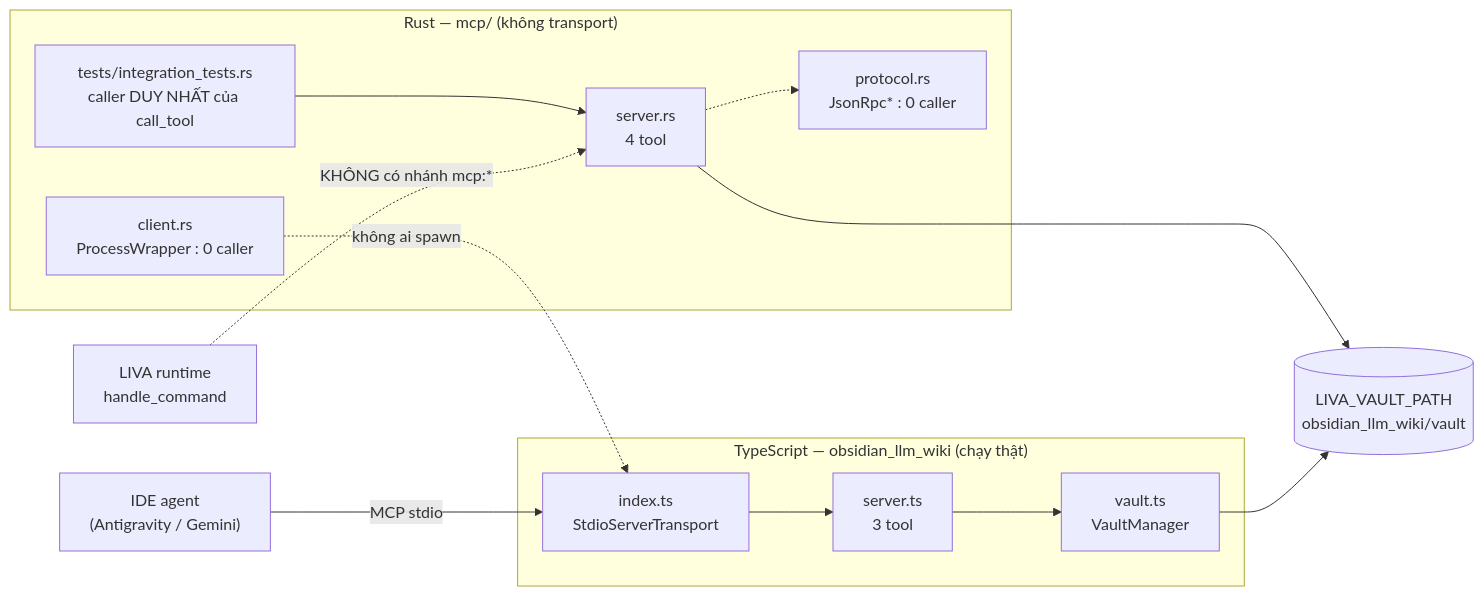
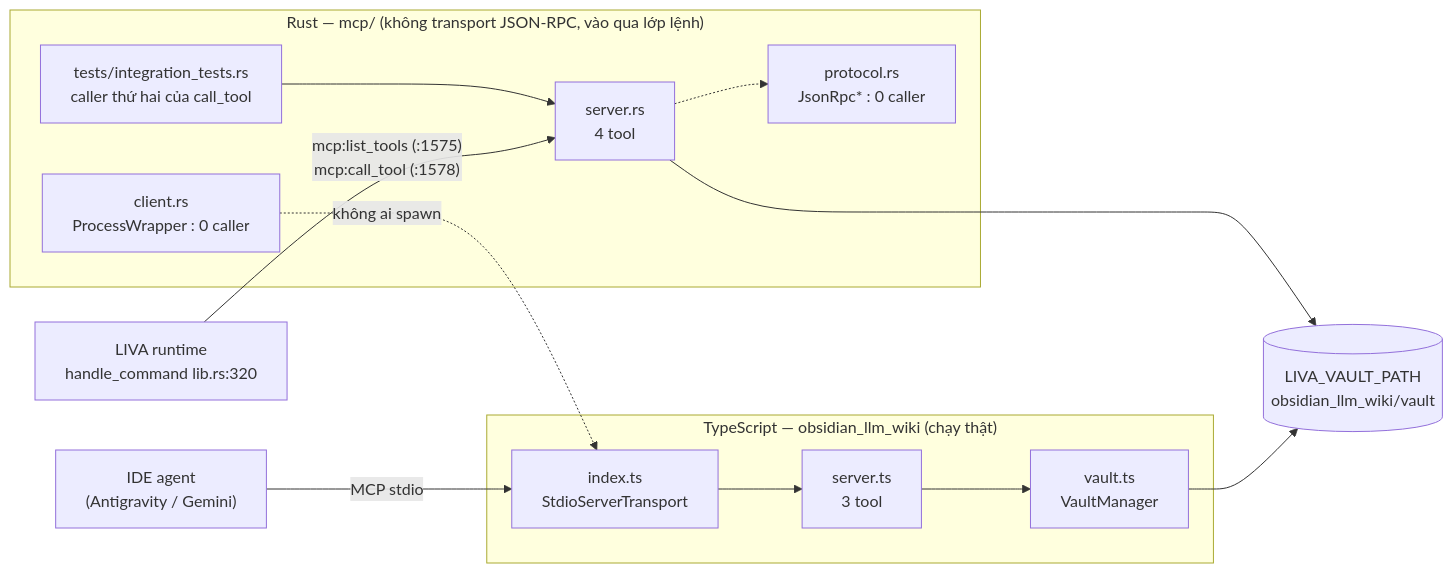
The second of 4 diagrams in docs/01-ban-ve/09-tich-hop-ngoai.md (DuongNAD/LIVA), drawn with Mermaid before and after one commit. The commit also changed other lines of this file and 11 other files, not shown here.

````diff
--- a/docs/01-ban-ve/09-tich-hop-ngoai.md
+++ b/docs/01-ban-ve/09-tich-hop-ngoai.md
@@ -200,26 +201,26 @@
 ```mermaid
 graph LR
-    subgraph RUST["Rust — mcp/ (không transport)"]
+    subgraph RUST["Rust — mcp/ (không transport JSON-RPC, vào qua lớp lệnh)"]
         R1["protocol.rs<br/>JsonRpc* : 0 caller"]
         R2["server.rs<br/>4 tool"]
         R3["client.rs<br/>ProcessWrapper : 0 caller"]
-        RT["tests/integration_tests.rs<br/>caller DUY NHẤT của call_tool"]
+        RT["tests/integration_tests.rs<br/>caller thứ hai của call_tool"]
         RT --> R2
         R2 -.-> R1
     end
 
     subgraph TS["TypeScript — obsidian_llm_wiki (chạy thật)"]
         T1["index.ts<br/>StdioServerTransport"]
         T2["server.ts<br/>3 tool"]
         T3["vault.ts<br/>VaultManager"]
         T1 --> T2 --> T3
     end
 
     IDE["IDE agent<br/>(Antigravity / Gemini)"] -->|"MCP stdio"| T1
     VAULT[("LIVA_VAULT_PATH<br/>obsidian_llm_wiki/vault")]
     R2 --> VAULT
     T3 --> VAULT
 
-    LIVA["LIVA runtime<br/>handle_command"] -.->|"KHÔNG có nhánh mcp:*"| R2
+    LIVA["LIVA runtime<br/>handle_command lib.rs:320"] -->|"mcp:list_tools (:1575)<br/>mcp:call_tool (:1578)"| R2
     R3 -.->|"không ai spawn"| T1
 ```
````
